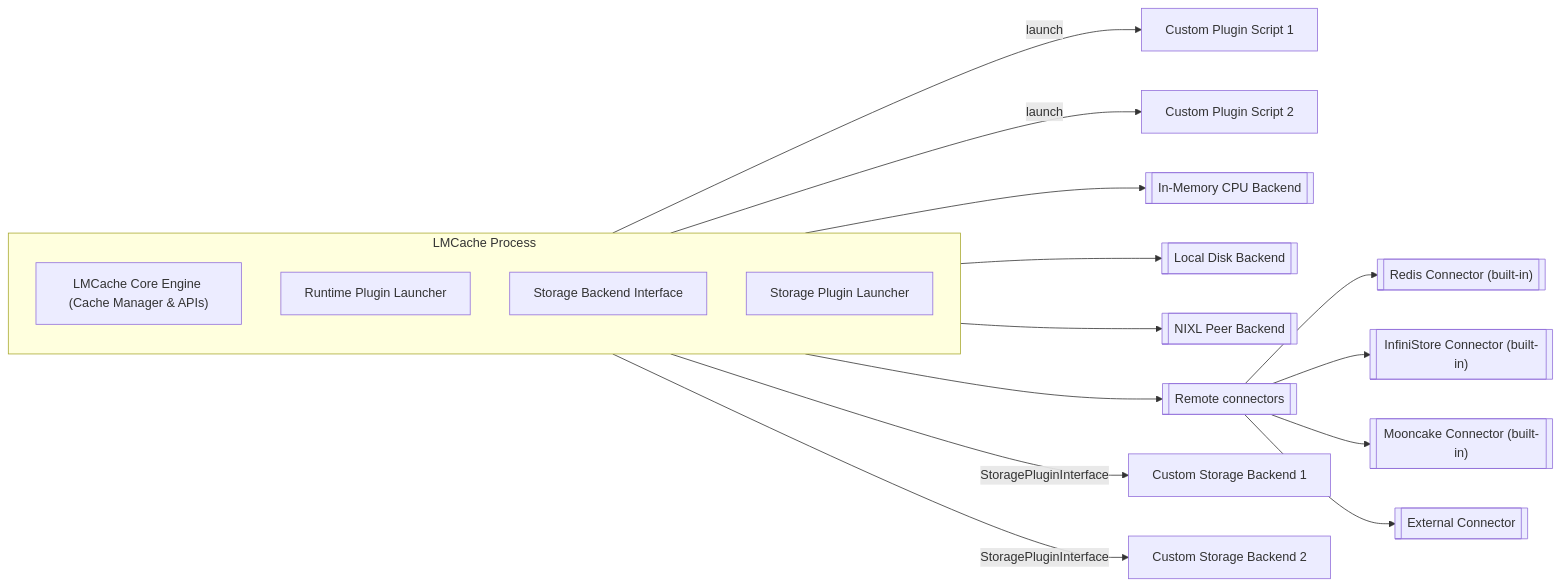
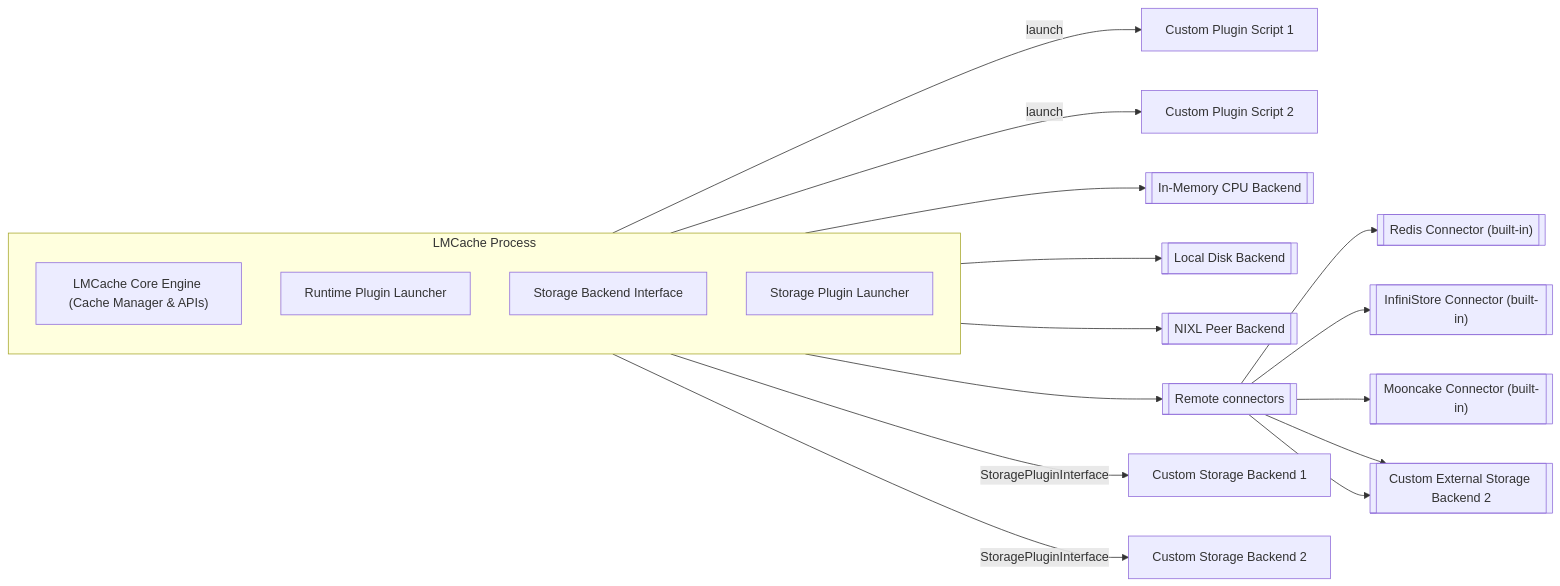
The diagram in docs/source/developer_guide/extending_lmcache/index.rst (LMCache/LMCache), drawn with Mermaid before and after one commit. The commit also changed other lines of this file and 1 other file, not shown here.

```diff
--- a/docs/source/developer_guide/extending_lmcache/index.rst
+++ b/docs/source/developer_guide/extending_lmcache/index.rst
@@ -10,26 +10,27 @@
 .. mermaid::
 
    flowchart LR
       subgraph "LMCache Process"
          direction TB
          core["LMCache Core Engine (Cache Manager & APIs)"]
          runtimePluginMgr["Runtime Plugin Launcher"]
          backendMgr["Storage Backend Interface"]
          storagePluginMgr["Storage Plugin Launcher"]
       end
 
       runtimePluginMgr -->|"launch"| plugin1["Custom Plugin Script 1"]
       runtimePluginMgr -->|"launch"| plugin2["Custom Plugin Script 2"]
 
       backendMgr --> CPUBackend[["In-Memory CPU Backend"]]
       backendMgr --> DiskBackend[["Local Disk Backend"]]
       backendMgr --> NIXLBackend[["NIXL Peer Backend"]]
       backendMgr --> RemoteBackend[["Remote connectors"]]
 
       RemoteBackend --> RedisConnector[["Redis Connector (built-in)"]]
       RemoteBackend --> InfiniConnector[["InfiniStore Connector (built-in)"]]
       RemoteBackend --> MooncakeConnector[["Mooncake Connector (built-in)"]]
-      RemoteBackend --> CustomConnector[["External Connector"]]
+      RemoteBackend --> CustomConnector[["Custom External Storage Backend 1"]]
+      RemoteBackend --> CustomConnector[["Custom External Storage Backend 2"]]
 
       storagePluginMgr --> |"StoragePluginInterface"| strplugin1["Custom Storage Backend 1"]
       storagePluginMgr --> |"StoragePluginInterface"| strplugin2["Custom Storage Backend 2"]
```
